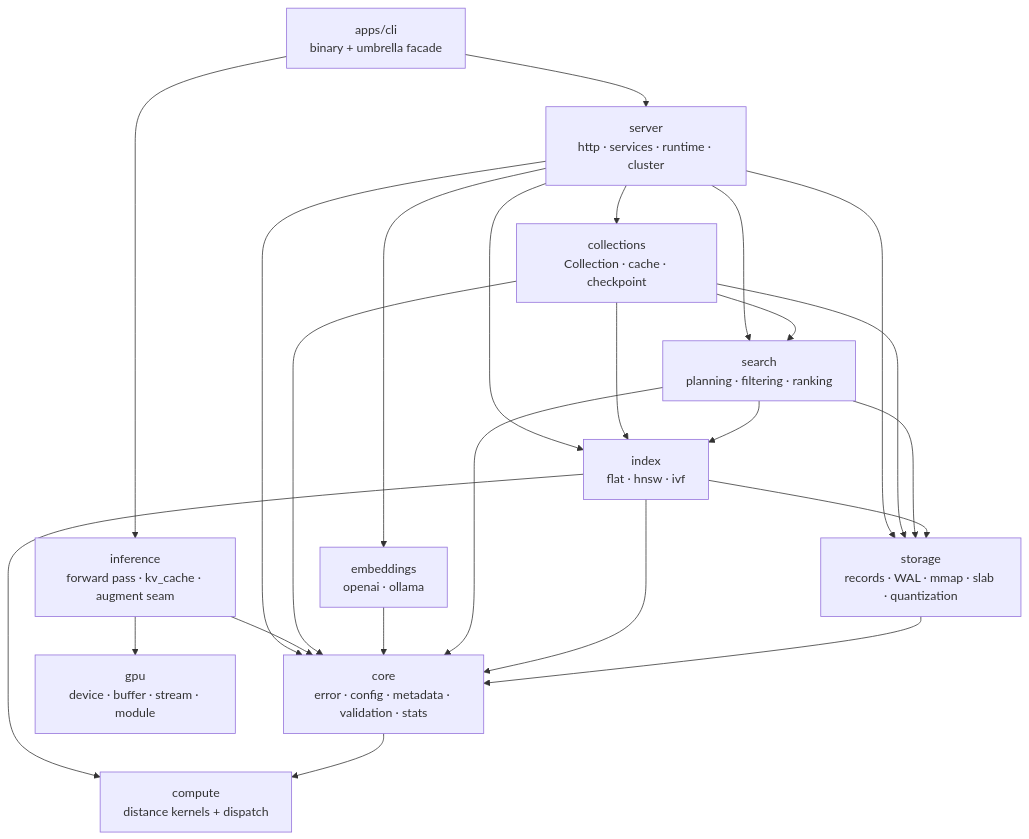
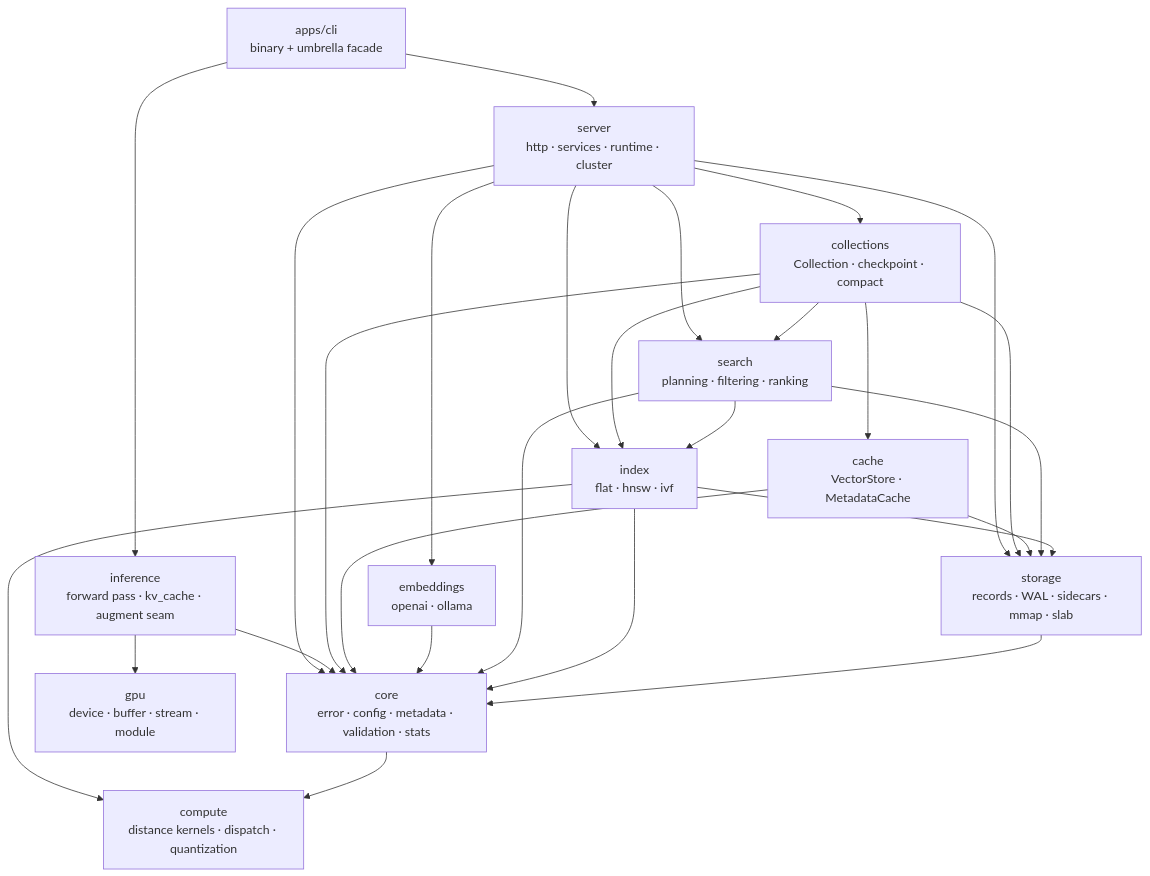
Before and after one commit to ashworks1706/Piramid: the first of 3 diagrams in docs/ARCHITECTURE.md, drawn with Mermaid. The commit also changed other lines of this file and 42 other files, not shown here.

First line of the commit message:
Managers name domains: cache crate, quantization move, SidecarManager

````diff
--- a/docs/ARCHITECTURE.md
+++ b/docs/ARCHITECTURE.md
@@ -75,38 +75,42 @@
 ```mermaid
 flowchart TD
     CLI[apps/cli<br/>binary + umbrella facade]
     Server[server<br/>http · services · runtime · cluster]
     Inference[inference<br/>forward pass · kv_cache · augment seam]
-    Collections[collections<br/>Collection · cache · checkpoint]
+    Collections[collections<br/>Collection · checkpoint · compact]
+    Cache[cache<br/>VectorStore · MetadataCache]
     Embeddings[embeddings<br/>openai · ollama]
     Search[search<br/>planning · filtering · ranking]
     Index[index<br/>flat · hnsw · ivf]
-    Storage[storage<br/>records · WAL · mmap · slab · quantization]
+    Storage[storage<br/>records · WAL · sidecars · mmap · slab]
     Core[core<br/>error · config · metadata · validation · stats]
-    Compute[compute<br/>distance kernels + dispatch]
+    Compute[compute<br/>distance kernels · dispatch · quantization]
     Gpu[gpu<br/>device · buffer · stream · module]
 
     CLI --> Server
     CLI --> Inference
     Server --> Collections
     Server --> Embeddings
     Server --> Search
     Server --> Index
     Server --> Storage
     Server --> Core
     Inference --> Gpu
     Inference --> Core
     Collections --> Search
     Collections --> Index
+    Collections --> Cache
     Collections --> Storage
     Collections --> Core
+    Cache --> Storage
+    Cache --> Core
     Embeddings --> Core
     Search --> Index
     Search --> Storage
     Search --> Core
     Index --> Storage
     Index --> Core
     Index --> Compute
     Storage --> Core
     Core --> Compute
 ```
````
